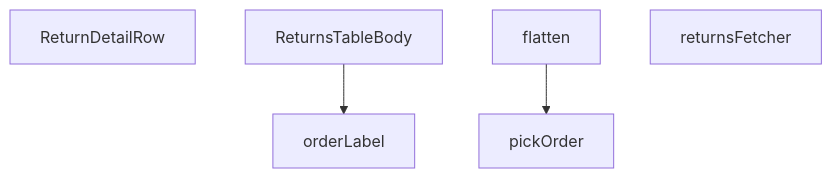
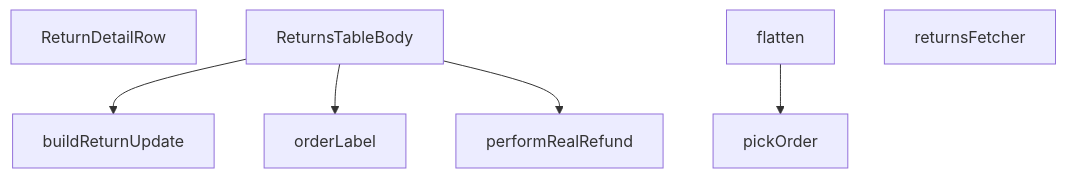
The diagram in src/views/admin/ReturnsTableBody.md (peckop/venthub-hvac-esite), drawn with Mermaid before and after one commit. The commit also changed other lines of this file and 5 other files, not shown here.

````diff
--- a/src/views/admin/ReturnsTableBody.md
+++ b/src/views/admin/ReturnsTableBody.md
@@ -301,11 +323,15 @@
 ```mermaid
 graph TD
     ReturnsTableBody_tsx__ReturnDetailRow["ReturnDetailRow"]
     ReturnsTableBody_tsx__ReturnsTableBody["ReturnsTableBody"]
+    ReturnsTableBody_tsx__buildReturnUpdate["buildReturnUpdate"]
     ReturnsTableBody_tsx__flatten["flatten"]
     ReturnsTableBody_tsx__orderLabel["orderLabel"]
+    ReturnsTableBody_tsx__performRealRefund["performRealRefund"]
     ReturnsTableBody_tsx__pickOrder["pickOrder"]
     ReturnsTableBody_tsx__returnsFetcher["returnsFetcher"]
+    ReturnsTableBody_tsx__ReturnsTableBody --> ReturnsTableBody_tsx__buildReturnUpdate
+    ReturnsTableBody_tsx__ReturnsTableBody --> ReturnsTableBody_tsx__orderLabel
+    ReturnsTableBody_tsx__ReturnsTableBody --> ReturnsTableBody_tsx__performRealRefund
     ReturnsTableBody_tsx__flatten --> ReturnsTableBody_tsx__pickOrder
-    ReturnsTableBody_tsx__ReturnsTableBody --> ReturnsTableBody_tsx__orderLabel
 ```
````
